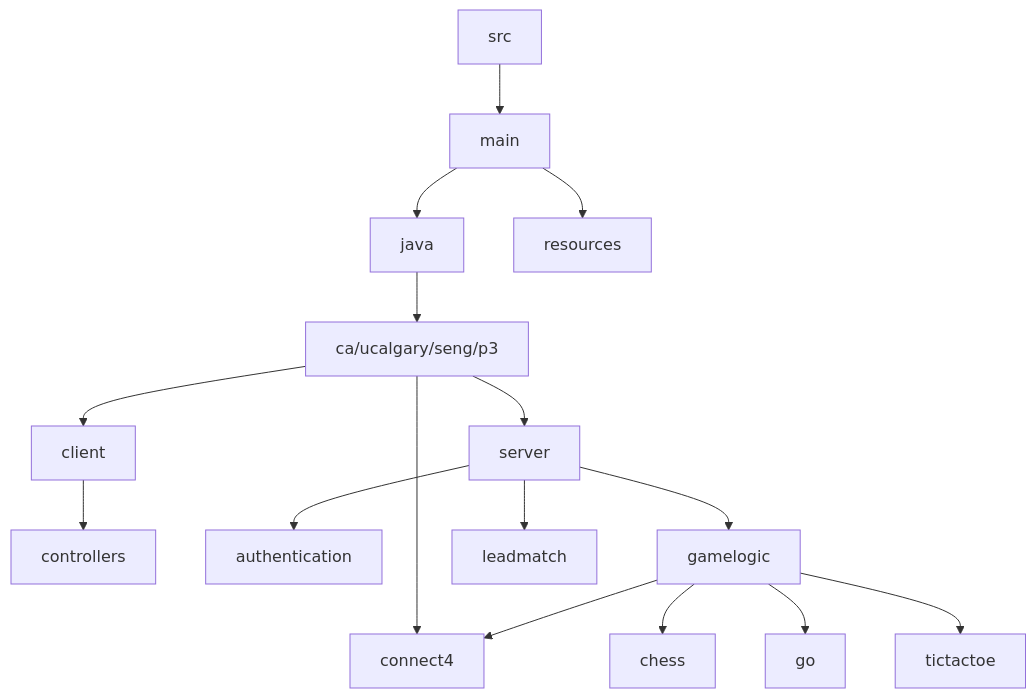
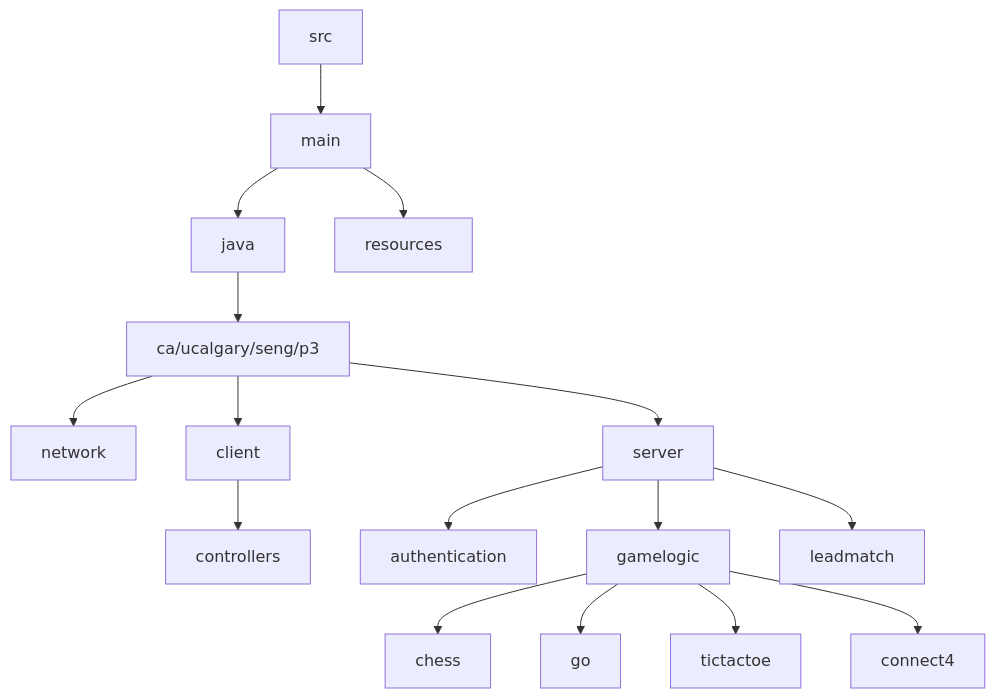
The diagram in README.md (kelsierfin/BasicGamingPlatform), drawn with Mermaid before and after one commit.

Commit message:
minor fix to readme pt2

````diff
--- a/README.md
+++ b/README.md
@@ -68,18 +68,18 @@
 ```mermaid
 flowchart TD
     A[src] --> B[main]
     B --> C[java]
     B --> D[resources]
     C --> E[ca/ucalgary/seng/p3]
-    E --> O[network]
+    E --> P[network]
     E --> F[client]
     E --> G[server]
     F --> H[controllers]
     G --> I[authentication]
     G --> J[gamelogic]
     G --> K[leadmatch]
     J --> L[chess]
     J --> M[go]
     J --> N[tictactoe]
     J --> O[connect4]
 ```
````
